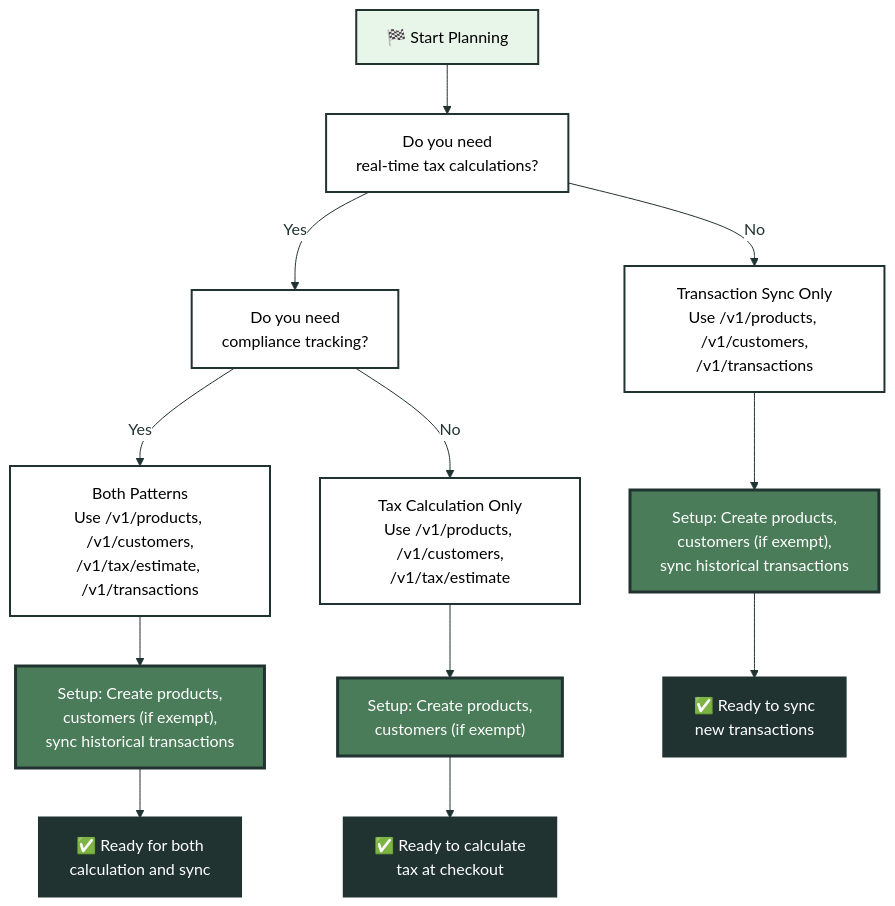
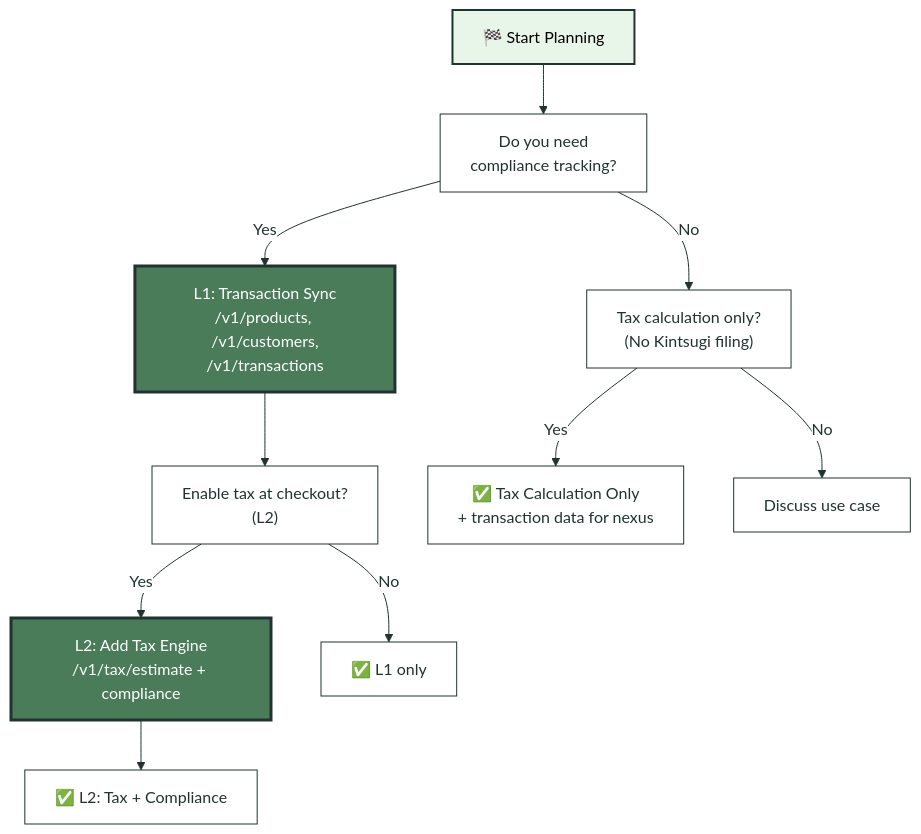
Before and after one commit to kintsugi-tax/docs-v2: the first of 2 diagrams in docs/api-guides/planning-an-integration.mdx, drawn with Mermaid. The commit also changed other lines of this file and 7 other files, not shown here.

````diff
--- a/docs/api-guides/planning-an-integration.mdx
+++ b/docs/api-guides/planning-an-integration.mdx
@@ -63,32 +69,21 @@
 ```mermaid
 %%{init: {'theme':'base', 'themeVariables': {'primaryColor':'#FFFFFF','primaryTextColor':'#213331','primaryBorderColor':'#213331','lineColor':'#213331','secondaryColor':'#FFFFFF','tertiaryColor':'#213331','edgeLabelBackground':'#FFFFFF','edgeLabelColor':'#213331','edgeStrokeWidth':'2px','edgeStroke':'#213331','arrowheadColor':'#213331','clusterBkg':'transparent','clusterBorder':'#213331','defaultLinkColor':'#213331'}}}%%
 flowchart TD
-    Start["🏁 Start Planning"] --> NeedTax["Do you need<br/>real-time tax calculations?"]
+    Start["🏁 Start Planning"] --> NeedSync["Do you need<br/>compliance tracking?"]
     
-    NeedTax -->|Yes| NeedSync["Do you need<br/>compliance tracking?"]
-    NeedTax -->|No| SyncOnly["Transaction Sync Only<br/>Use /v1/products, /v1/customers,<br/>/v1/transactions"]
+    NeedSync -->|Yes| L1["L1: Transaction Sync<br/>/v1/products, /v1/customers,<br/>/v1/transactions"]
+    NeedSync -->|No| TaxOnlyPath["Tax calculation only?<br/>(No Kintsugi filing)"]
     
-    NeedSync -->|Yes| Both["Both Patterns<br/>Use /v1/products, /v1/customers,<br/>/v1/tax/estimate, /v1/transactions"]
-    NeedSync -->|No| TaxOnly["Tax Calculation Only<br/>Use /v1/products, /v1/customers,<br/>/v1/tax/estimate"]
+    L1 --> NeedTax["Enable tax at checkout?<br/>(L2)"]
+    NeedTax -->|Yes| L2["L2: Add Tax Engine<br/>/v1/tax/estimate + compliance"]
+    NeedTax -->|No| L1Done["✅ L1 only"]
     
-    SyncOnly --> SetupSync["Setup: Create products,<br/>customers (if exempt),<br/>sync historical transactions"]
-    TaxOnly --> SetupTax["Setup: Create products,<br/>customers (if exempt)"]
-    Both --> SetupBoth["Setup: Create products,<br/>customers (if exempt),<br/>sync historical transactions"]
+    TaxOnlyPath -->|Yes| TaxOnly["✅ Tax Calculation Only<br/>+ transaction data for nexus"]
+    TaxOnlyPath -->|No| Discuss["Discuss use case"]
     
-    SetupSync --> ReadySync["✅ Ready to sync<br/>new transactions"]
-    SetupTax --> ReadyTax["✅ Ready to calculate<br/>tax at checkout"]
-    SetupBoth --> ReadyBoth["✅ Ready for both<br/>calculation and sync"]
+    L2 --> L2Done["✅ L2: Tax + Compliance"]
     
     style Start fill:#e8f5e9,stroke:#213331,stroke-width:2px,color:#000000
-    style NeedTax fill:#FFFFFF,stroke:#213331,stroke-width:2px,color:#000000
-    style NeedSync fill:#FFFFFF,stroke:#213331,stroke-width:2px,color:#000000
-    style SyncOnly fill:#FFFFFF,stroke:#213331,stroke-width:2px,color:#000000
-    style TaxOnly fill:#FFFFFF,stroke:#213331,stroke-width:2px,color:#000000
-    style Both fill:#FFFFFF,stroke:#213331,stroke-width:2px,color:#000000
-    style SetupSync fill:#4a7c59,stroke:#213331,stroke-width:3px,color:#FFFFFF
-    style SetupTax fill:#4a7c59,stroke:#213331,stroke-width:3px,color:#FFFFFF
-    style SetupBoth fill:#4a7c59,stroke:#213331,stroke-width:3px,color:#FFFFFF
-    style ReadySync fill:#213331,stroke:#213331,stroke-width:3px,color:#FFFFFF
-    style ReadyTax fill:#213331,stroke:#213331,stroke-width:3px,color:#FFFFFF
-    style ReadyBoth fill:#213331,stroke:#213331,stroke-width:3px,color:#FFFFFF
+    style L1 fill:#4a7c59,stroke:#213331,stroke-width:3px,color:#FFFFFF
+    style L2 fill:#4a7c59,stroke:#213331,stroke-width:3px,color:#FFFFFF
 ```
````
